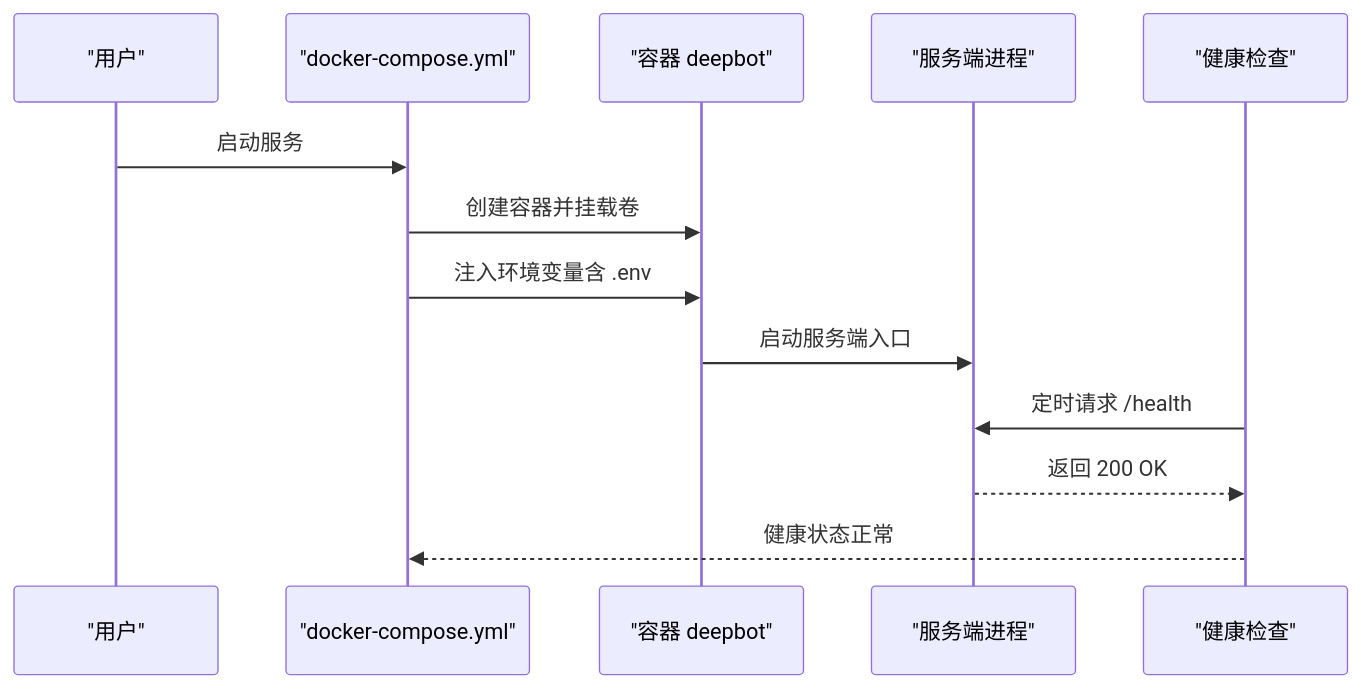
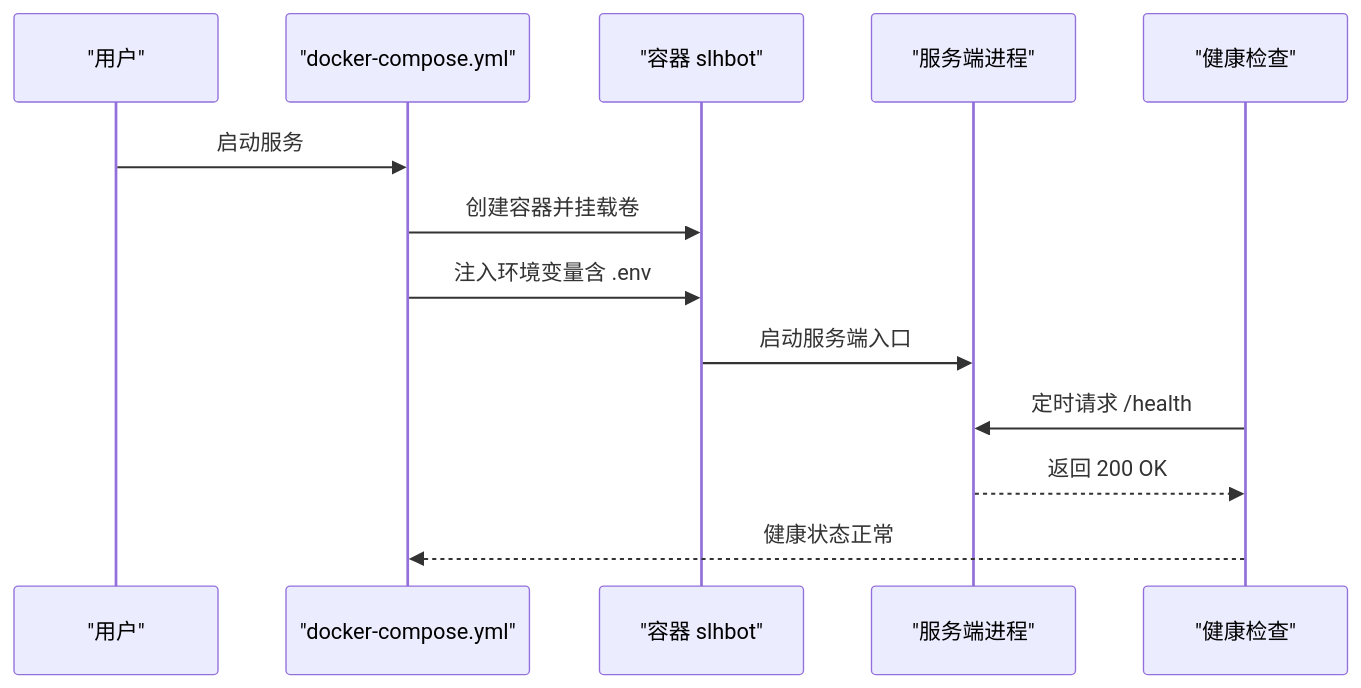
The fourth of 6 diagrams in .qoder/repowiki/zh/content/开发和部署/构建和打包/Docker 构建配置.md (HEROhuqinchao/deepbot), drawn with Mermaid before and after one commit. The commit also changed other lines of this file and 250 other files, not shown here.

````diff
--- a/.qoder/repowiki/zh/content/开发和部署/构建和打包/Docker 构建配置.md
+++ b/.qoder/repowiki/zh/content/开发和部署/构建和打包/Docker 构建配置.md
@@ -188,15 +188,15 @@
 ```mermaid
 sequenceDiagram
 participant U as "用户"
 participant DC as "docker-compose.yml"
-participant C as "容器 deepbot"
+participant C as "容器 slhbot"
 participant S as "服务端进程"
 participant H as "健康检查"
 U->>DC : 启动服务
 DC->>C : 创建容器并挂载卷
 DC->>C : 注入环境变量含 .env
 C->>S : 启动服务端入口
 H->>S : 定时请求 /health
 S-->>H : 返回 200 OK
 H-->>DC : 健康状态正常
 ```
````
